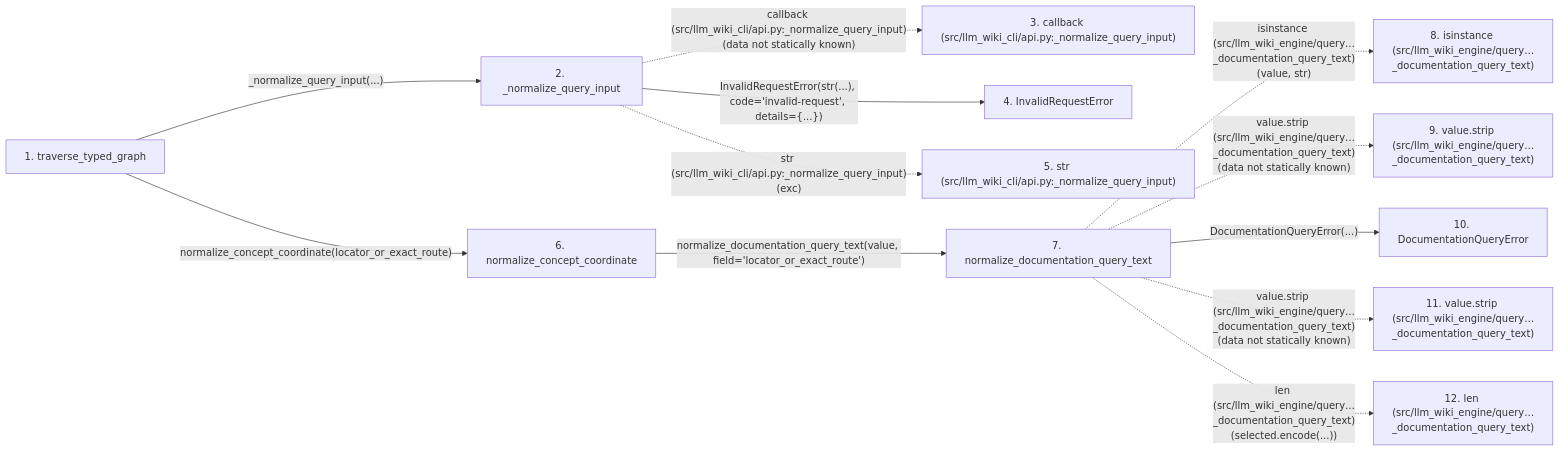
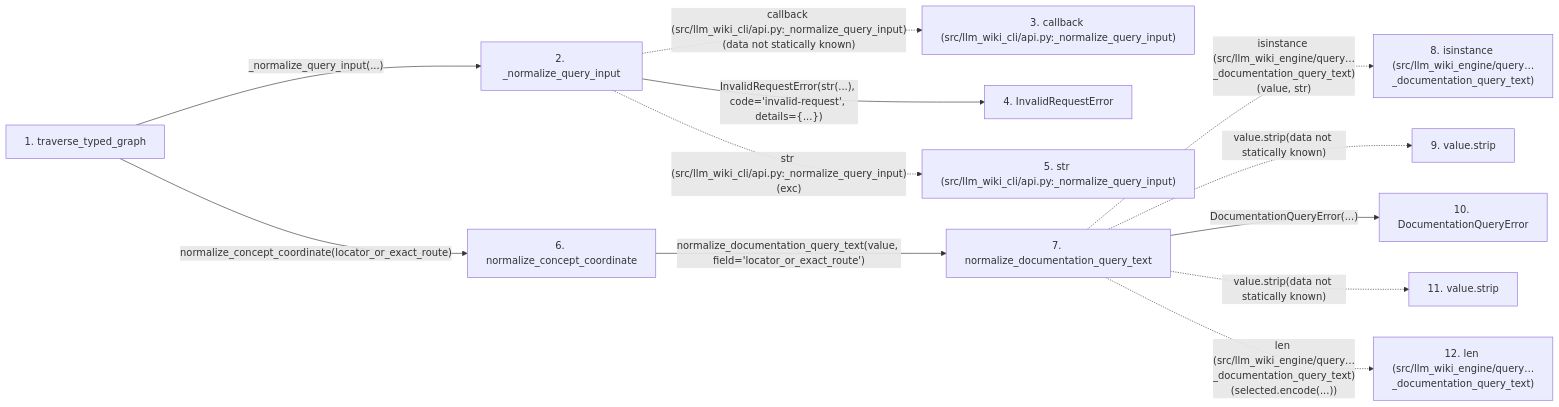
The second of 2 diagrams in docs/llm_wiki/flows/api-traverse_typed_graph.md (Denissvgn/python-wiki-llm), drawn with Mermaid before and after one commit. The commit also changed other lines of this file and 719 other files, not shown here.

Commit message:
docs: refresh the wiki for the engine's own use cases

````diff
--- a/docs/llm_wiki/flows/api-traverse_typed_graph.md
+++ b/docs/llm_wiki/flows/api-traverse_typed_graph.md
@@ -161,32 +160,32 @@
 ```mermaid
 flowchart LR
     s1["1. traverse_typed_graph"]
     s2["2. _normalize_query_input"]
     s3["3. callback (src/llm_wiki_cli/api.py:_normalize_query_input)"]
     s4["4. InvalidRequestError"]
     s5["5. str (src/llm_wiki_cli/api.py:_normalize_query_input)"]
     s6["6. normalize_concept_coordinate"]
     s7["7. normalize_documentation_query_text"]
     s8["8. isinstance (src/llm_wiki_engine/query…_documentation_query_text)"]
-    s9["9. value.strip (src/llm_wiki_engine/query…_documentation_query_text)"]
+    s9["9. value.strip"]
     s10["10. DocumentationQueryError"]
-    s11["11. value.strip (src/llm_wiki_engine/query…_documentation_query_text)"]
+    s11["11. value.strip"]
     s12["12. len (src/llm_wiki_engine/query…_documentation_query_text)"]
     s1 -->|"_normalize_query_input(...)"| s2
     s2 -. "callback (src/llm_wiki_cli/api.py:_normalize_query_input)(data not statically known)" .-> s3
     s2 -->|"InvalidRequestError(str(...), code='invalid-request', details={...})"| s4
     s2 -. "str (src/llm_wiki_cli/api.py:_normalize_query_input)(exc)" .-> s5
     s1 -->|"normalize_concept_coordinate(locator_or_exact_route)"| s6
     s6 -->|"normalize_documentation_query_text(value, field='locator_or_exact_route')"| s7
     s7 -. "isinstance (src/llm_wiki_engine/query…_documentation_query_text)(value, str)" .-> s8
-    s7 -. "value.strip (src/llm_wiki_engine/query…_documentation_query_text)(data not statically known)" .-> s9
+    s7 -. "value.strip(data not statically known)" .-> s9
     s7 -->|"DocumentationQueryError(...)"| s10
-    s7 -. "value.strip (src/llm_wiki_engine/query…_documentation_query_text)(data not statically known)" .-> s11
+    s7 -. "value.strip(data not statically known)" .-> s11
     s7 -. "len (src/llm_wiki_engine/query…_documentation_query_text)(selected.encode(...))" .-> s12
     click s1 "../modules/api.md"
     click s2 "../modules/api.md"
     click s4 "../modules/api.md"
     click s6 "../modules/query_request_format.md"
     click s7 "../modules/query_request_format.md"
     click s10 "../modules/query_request_format.md"
 ```
````
